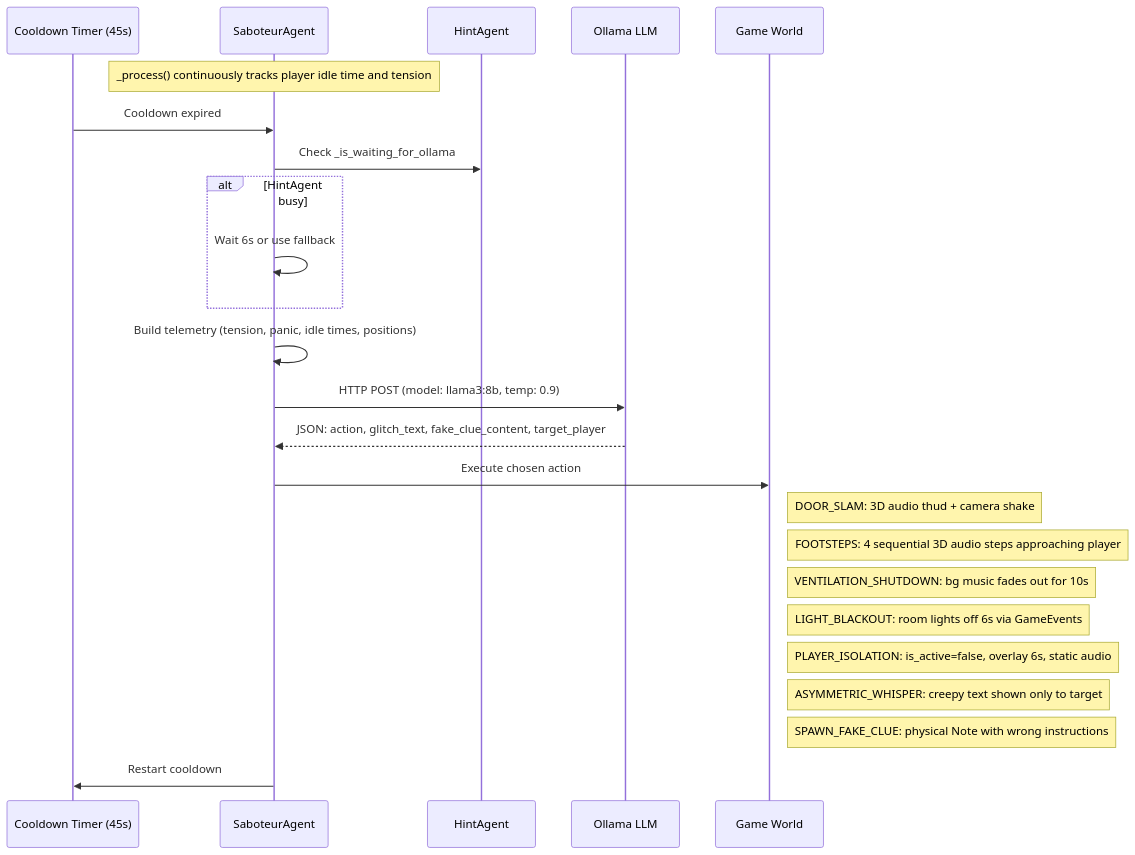
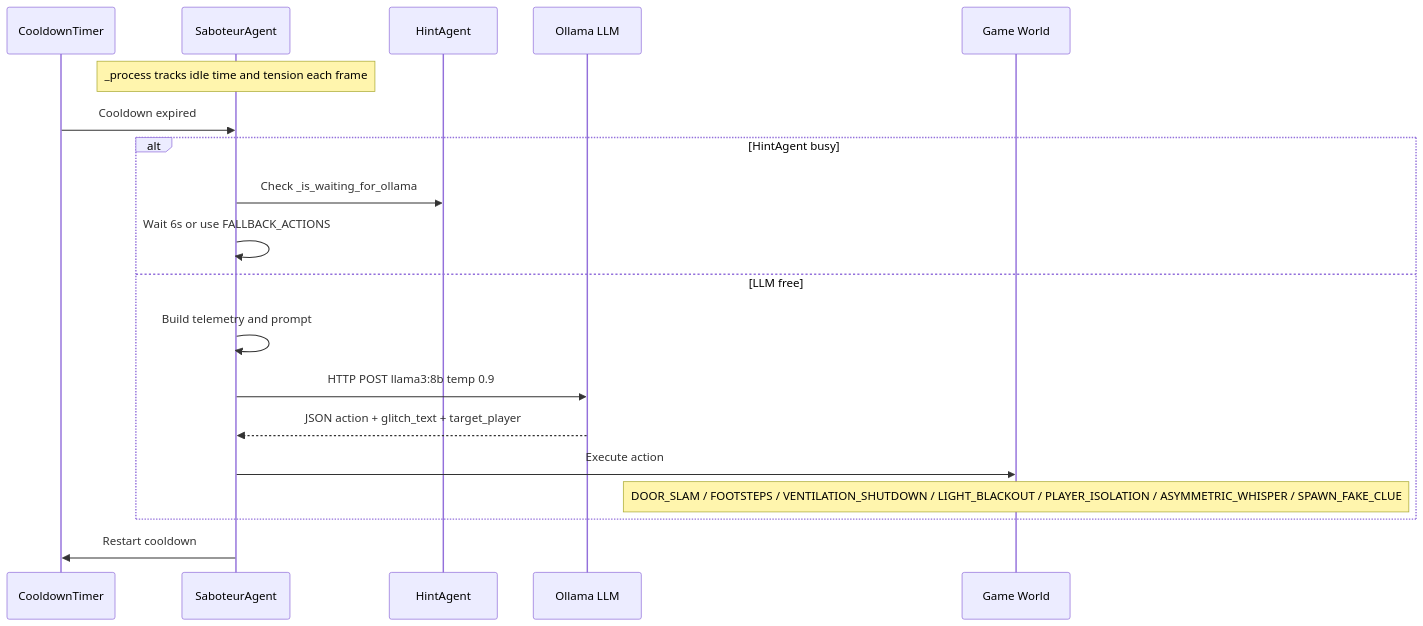
One commit to neica200/Echo-Chamber-Coop changed the sixth of 10 diagrams in diagrame_arhitectura.md. Above: the diagram before and after it, drawn with Mermaid. The commit also changed other lines of this file, not shown here.

Commit message:
update diagrams

````diff
--- a/diagrame_arhitectura.md
+++ b/diagrame_arhitectura.md
@@ -329,31 +322,25 @@
 ```mermaid
 sequenceDiagram
-    participant Timer as Cooldown Timer (45s)
+    participant Timer as CooldownTimer
     participant SA as SaboteurAgent
     participant HA as HintAgent
     participant Ollama as Ollama LLM
     participant World as Game World
 
-    Note over SA: _process() continuously tracks player idle time and tension
+    Note over SA: _process tracks idle time and tension each frame
 
     Timer->>SA: Cooldown expired
-    SA->>HA: Check _is_waiting_for_ollama
+
     alt HintAgent busy
-        SA->>SA: Wait 6s or use fallback
+        SA->>HA: Check _is_waiting_for_ollama
+        SA->>SA: Wait 6s or use FALLBACK_ACTIONS
+    else LLM free
+        SA->>SA: Build telemetry and prompt
+        SA->>Ollama: HTTP POST llama3:8b temp 0.9
+        Ollama-->>SA: JSON action + glitch_text + target_player
+        SA->>World: Execute action
+        Note over World: DOOR_SLAM / FOOTSTEPS / VENTILATION_SHUTDOWN / LIGHT_BLACKOUT / PLAYER_ISOLATION / ASYMMETRIC_WHISPER / SPAWN_FAKE_CLUE
     end
-
-    SA->>SA: Build telemetry (tension, panic, idle times, positions)
-    SA->>Ollama: HTTP POST (model: llama3:8b, temp: 0.9)
-    Ollama-->>SA: JSON: action, glitch_text, fake_clue_content, target_player
-
-    SA->>World: Execute chosen action
-    Note right of World: DOOR_SLAM: 3D audio thud + camera shake
-    Note right of World: FOOTSTEPS: 4 sequential 3D audio steps approaching player
-    Note right of World: VENTILATION_SHUTDOWN: bg music fades out for 10s
-    Note right of World: LIGHT_BLACKOUT: room lights off 6s via GameEvents
-    Note right of World: PLAYER_ISOLATION: is_active=false, overlay 6s, static audio
-    Note right of World: ASYMMETRIC_WHISPER: creepy text shown only to target
-    Note right of World: SPAWN_FAKE_CLUE: physical Note with wrong instructions
 
     SA->>Timer: Restart cooldown
 ```
````
